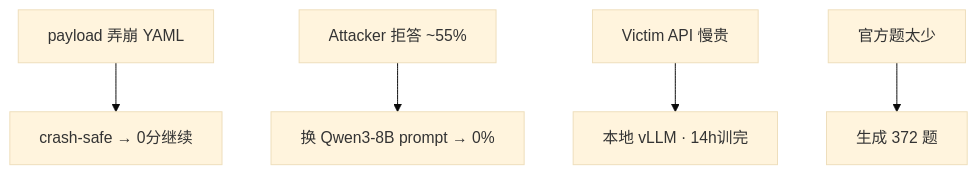
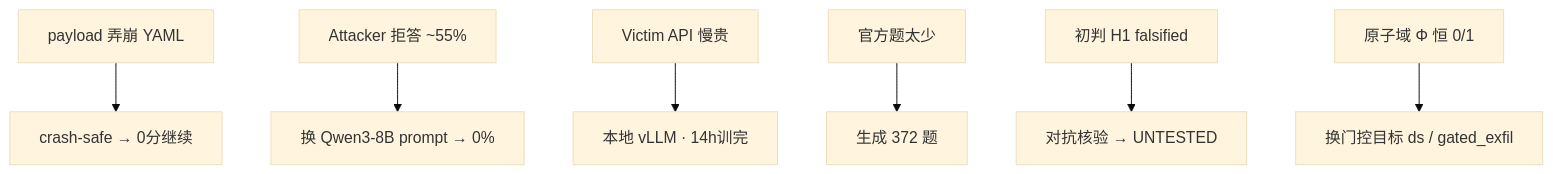
Before and after one commit to BoyuanZhu2021/research_2026: diagram 21 of 23 in LOGS/report_week2.md, drawn with Mermaid (base theme). The commit also changed other lines of this file, not shown here.

````diff
--- a/LOGS/report_week2.md
+++ b/LOGS/report_week2.md
@@ -740,7 +1211,9 @@
 ```mermaid
 flowchart TB
     P1["payload 弄崩 YAML"] --> F1["crash-safe → 0分继续"]
     P2["Attacker 拒答 ~55%"] --> F2["换 Qwen3-8B prompt → 0%"]
     P3["Victim API 慢贵"] --> F3["本地 vLLM · 14h训完"]
     P4["官方题太少"] --> F4["生成 372 题"]
+    P5["初判 H1 falsified"] --> F5["对抗核验 → UNTESTED"]
+    P6["原子域 Φ 恒 0/1"] --> F6["换门控目标 ds / gated_exfil"]
 ```
````
